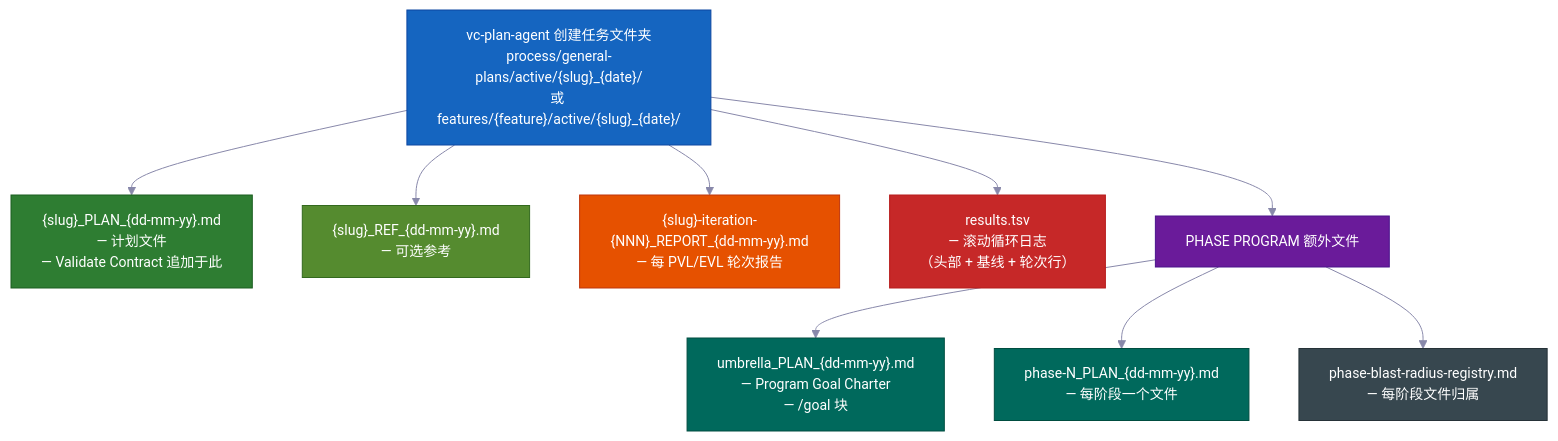
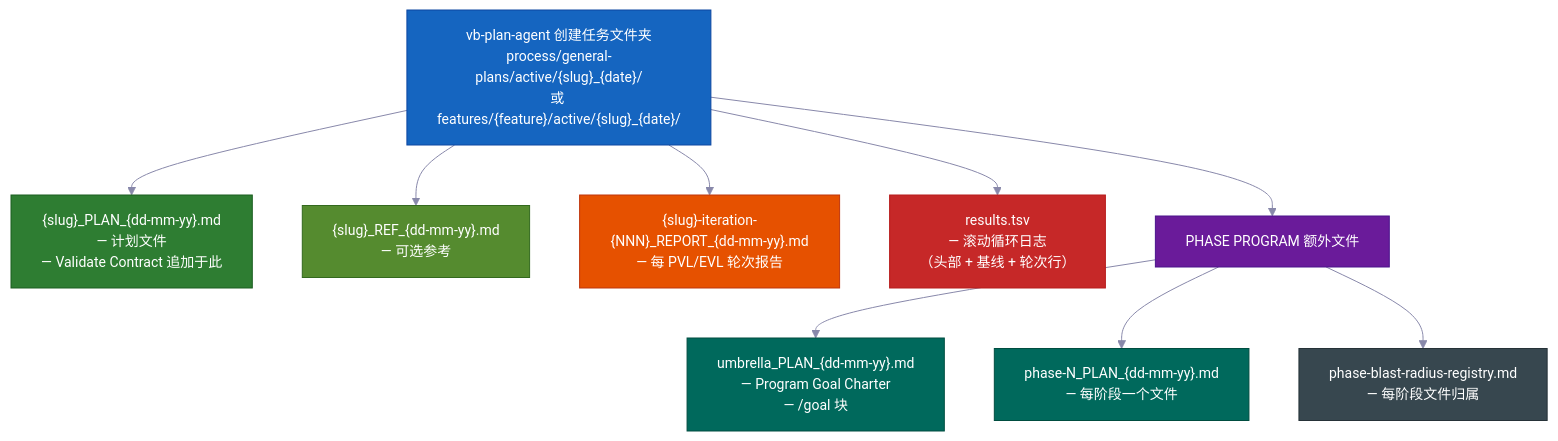
One commit to Tomwakeupat530amm/vibebelt-kit changed diagram 11 of 14 in docs/i18n/README.zh-CN.md. Above: the diagram before and after it, drawn with Mermaid. The commit also changed other lines of this file and 646 other files, not shown here.

````diff
--- a/docs/i18n/README.zh-CN.md
+++ b/docs/i18n/README.zh-CN.md
@@ -1188,32 +1188,32 @@
 ```mermaid
 %%{init: {'theme': 'base', 'themeVariables': {'fontSize': '14px', 'lineColor': '#8888AA'}} }%%
 flowchart TD
-    PC["vc-plan-agent 创建任务文件夹\nprocess/general-plans/active/{slug}_{date}/\n或 features/{feature}/active/{slug}_{date}/"]
+    PC["vb-plan-agent 创建任务文件夹\nprocess/general-plans/active/{slug}_{date}/\n或 features/{feature}/active/{slug}_{date}/"]
     PLAN["{slug}_PLAN_{dd-mm-yy}.md\n— 计划文件\n— Validate Contract 追加于此"]
     REF["{slug}_REF_{dd-mm-yy}.md\n— 可选参考"]
     RPT["{slug}-iteration-{NNN}_REPORT_{dd-mm-yy}.md\n— 每 PVL/EVL 轮次报告"]
     TSV["results.tsv\n— 滚动循环日志\n（头部 + 基线 + 轮次行）"]
     PP["PHASE PROGRAM 额外文件"]
     UMB["umbrella_PLAN_{dd-mm-yy}.md\n— Program Goal Charter\n— /goal 块"]
     PHN["phase-N_PLAN_{dd-mm-yy}.md\n— 每阶段一个文件"]
     REG["phase-blast-radius-registry.md\n— 每阶段文件归属"]
 
     PC --> PLAN
     PC --> REF
     PC --> RPT
     PC --> TSV
     PC --> PP
     PP --> UMB
     PP --> PHN
     PP --> REG
 
     style PC fill:#1565C0,stroke:#0D47A1,color:#FFFFFF
     style PLAN fill:#2E7D32,stroke:#1B5E20,color:#FFFFFF
     style REF fill:#558B2F,stroke:#33691E,color:#FFFFFF
     style RPT fill:#E65100,stroke:#BF360C,color:#FFFFFF
     style TSV fill:#C62828,stroke:#B71C1C,color:#FFFFFF
     style PP fill:#6A1B9A,stroke:#4A148C,color:#FFFFFF
     style UMB fill:#00695C,stroke:#004D40,color:#FFFFFF
     style PHN fill:#00695C,stroke:#004D40,color:#FFFFFF
     style REG fill:#37474F,stroke:#263238,color:#FFFFFF
 ```
````
